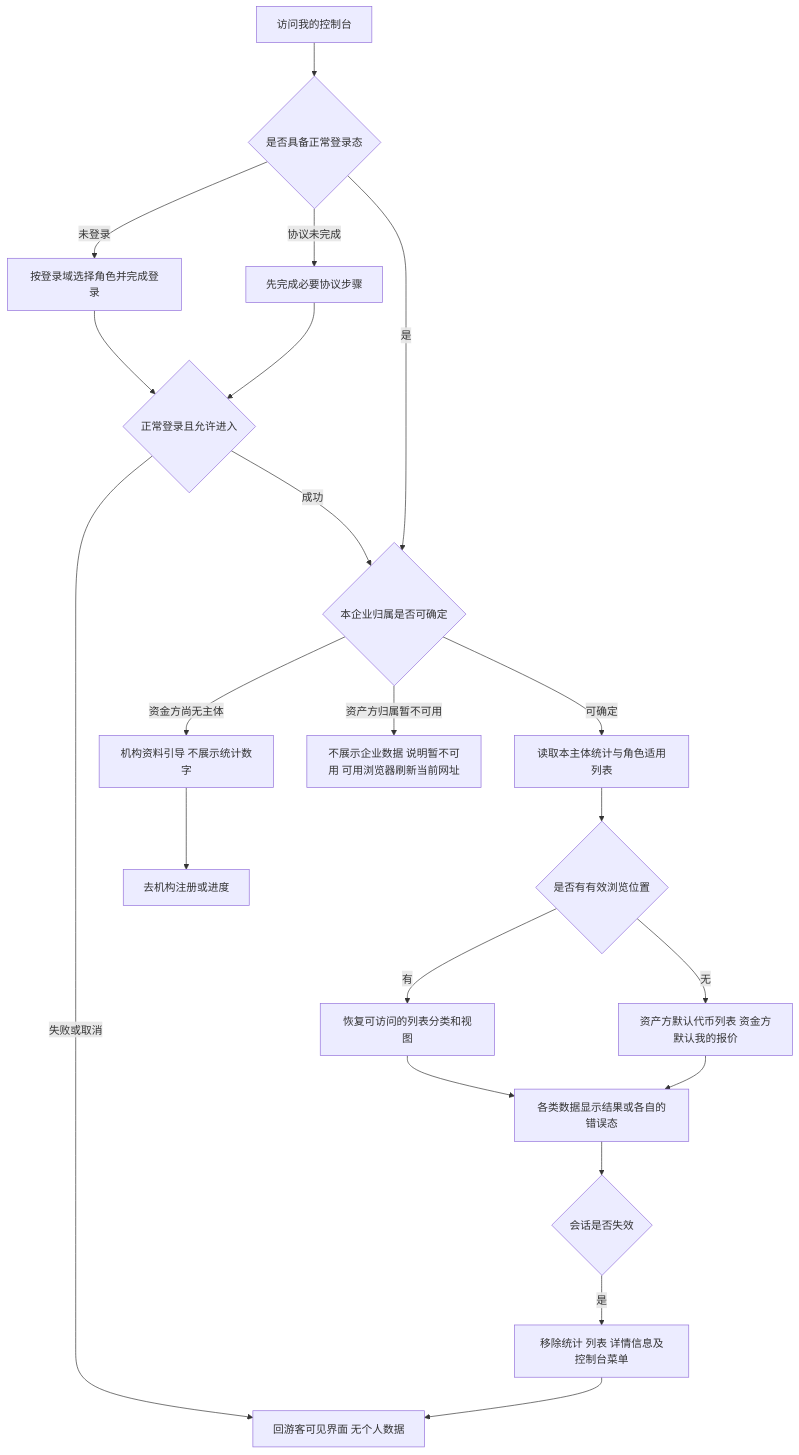
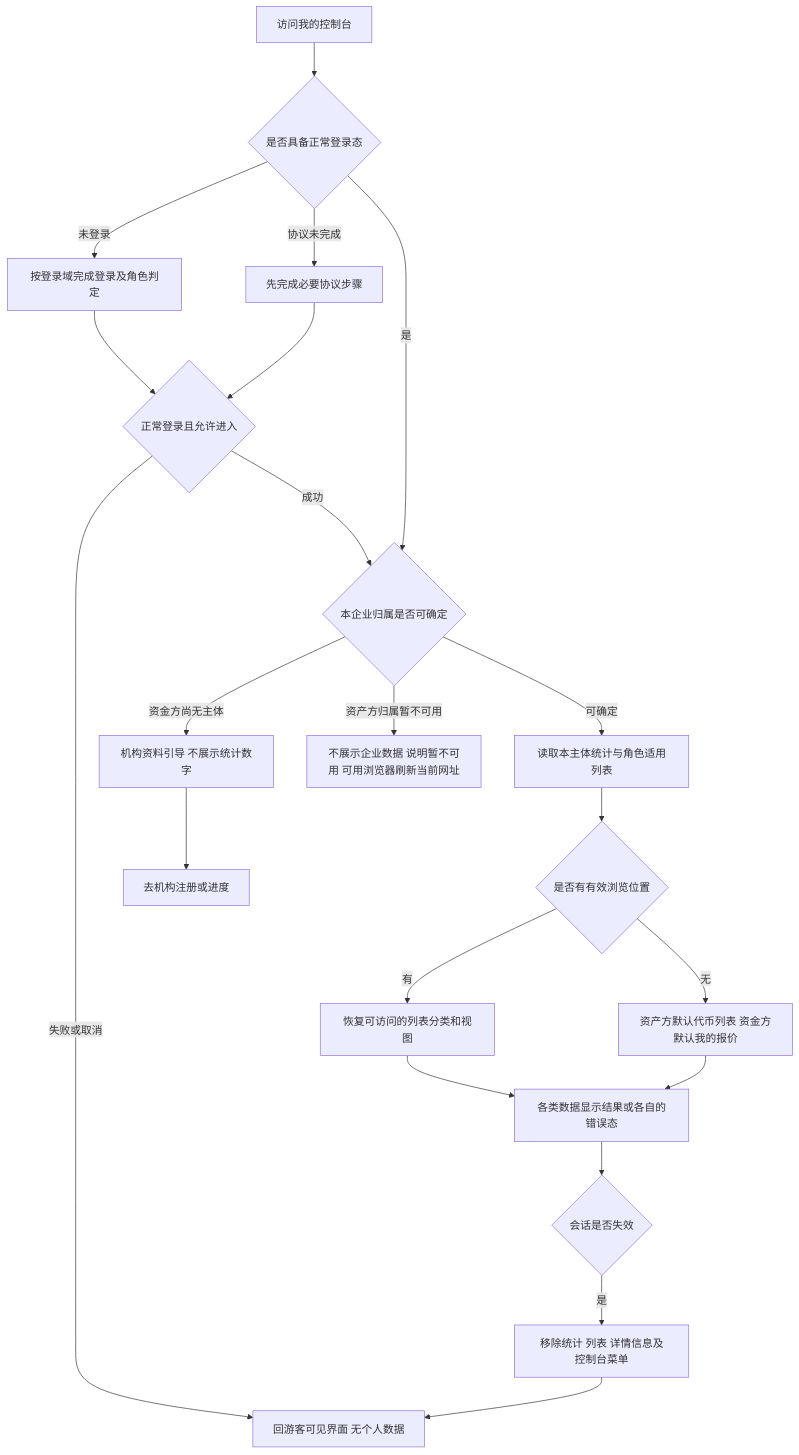
Before and after one commit to wxblockchain/Chain-Financing: the first of 11 diagrams in lending-platform/PRD/面客端/09-我的控制台/02-我的控制台-流程图与状态机.md, drawn with Mermaid. The commit also changed other lines of this file and 11 other files, not shown here.

````diff
--- a/lending-platform/PRD/面客端/09-我的控制台/02-我的控制台-流程图与状态机.md
+++ b/lending-platform/PRD/面客端/09-我的控制台/02-我的控制台-流程图与状态机.md
@@ -24,23 +24,23 @@
 ```mermaid
 flowchart TD
   A[访问我的控制台] --> B{是否具备正常登录态}
-  B -- 未登录 --> C[按登录域选择角色并完成登录]
+  B -- 未登录 --> C[按登录域完成登录及角色判定]
   B -- 协议未完成 --> D[先完成必要协议步骤]
   C --> E{正常登录且允许进入}
   D --> E
   E -- 失败或取消 --> Z[回游客可见界面 无个人数据]
   E -- 成功 --> F{本企业归属是否可确定}
   B -- 是 --> F
   F -- 资金方尚无主体 --> G[机构资料引导 不展示统计数字]
   G --> H[去机构注册或进度]
   F -- 资产方归属暂不可用 --> I[不展示企业数据 说明暂不可用 可用浏览器刷新当前网址]
   F -- 可确定 --> J[读取本主体统计与角色适用列表]
   J --> K{是否有有效浏览位置}
   K -- 有 --> L[恢复可访问的列表分类和视图]
   K -- 无 --> M[资产方默认代币列表 资金方默认我的报价]
   L --> N[各类数据显示结果或各自的错误态]
   M --> N
   N --> O{会话是否失效}
   O -- 是 --> P[移除统计 列表 详情信息及控制台菜单]
   P --> Z
 ```
````
